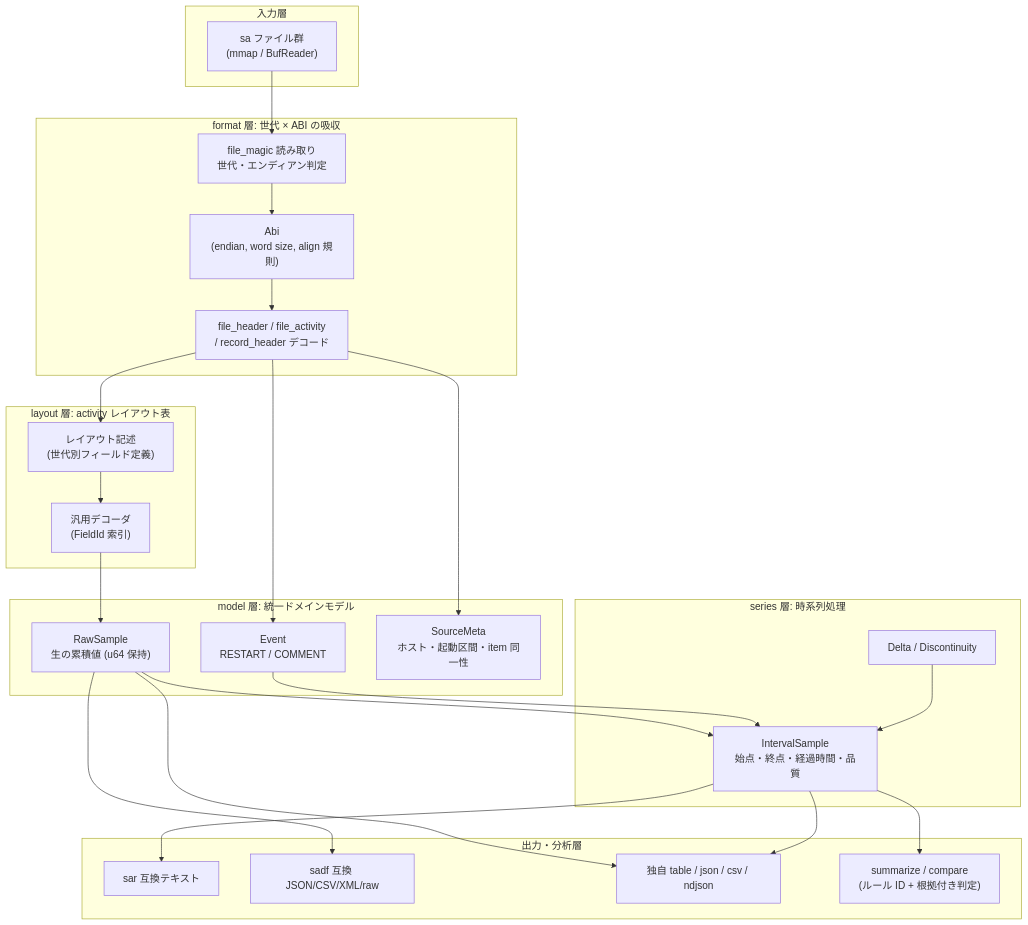
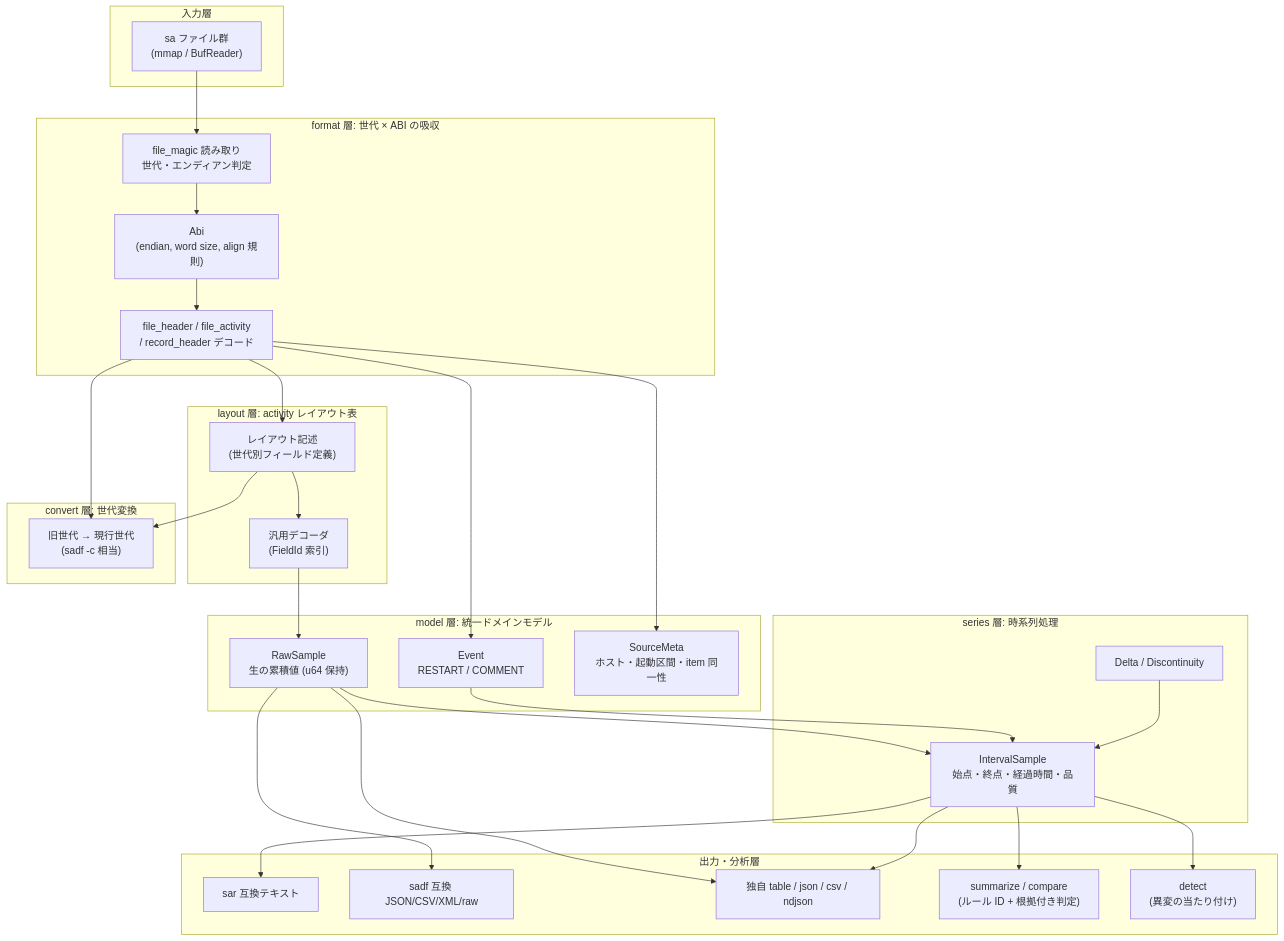
Before and after one commit to owayo/re-sar-ch: the first of 3 diagrams in docs/design.md, drawn with Mermaid. The commit also changed other lines of this file and 47 other files, not shown here.

````diff
--- a/docs/design.md
+++ b/docs/design.md
@@ -44,44 +44,51 @@
 ```mermaid
 flowchart TB
     subgraph L0["入力層"]
         SRC["sa ファイル群<br/>(mmap / BufReader)"]
     end
     subgraph L1["format 層: 世代 × ABI の吸収"]
         MAGIC["file_magic 読み取り<br/>世代・エンディアン判定"]
         ABI["Abi<br/>(endian, word size, align 規則)"]
         HDR["file_header / file_activity<br/>/ record_header デコード"]
     end
     subgraph L2["layout 層: activity レイアウト表"]
         TBL["レイアウト記述<br/>(世代別フィールド定義)"]
         DEC["汎用デコーダ<br/>(FieldId 索引)"]
     end
     subgraph L3["model 層: 統一ドメインモデル"]
         RAW["RawSample<br/>生の累積値 (u64 保持)"]
         EV["Event<br/>RESTART / COMMENT"]
         META["SourceMeta<br/>ホスト・起動区間・item 同一性"]
     end
     subgraph L4["series 層: 時系列処理"]
         DELTA["Delta / Discontinuity"]
         IVAL["IntervalSample<br/>始点・終点・経過時間・品質"]
     end
     subgraph L5["出力・分析層"]
         OUT1["sar 互換テキスト"]
         OUT2["sadf 互換 JSON/CSV/XML/raw"]
         OUT3["独自 table / json / csv / ndjson"]
         SUM["summarize / compare<br/>(ルール ID + 根拠付き判定)"]
+        DET["detect<br/>(異変の当たり付け)"]
+    end
+    subgraph L6["convert 層: 世代変換"]
+        CONV["旧世代 → 現行世代<br/>(sadf -c 相当)"]
     end
 
     SRC --> MAGIC --> ABI --> HDR
     HDR --> TBL --> DEC
     DEC --> RAW
     HDR --> EV
     HDR --> META
     RAW --> IVAL
     EV --> IVAL
     DELTA --> IVAL
     RAW --> OUT2
     RAW --> OUT3
     IVAL --> OUT1
     IVAL --> OUT3
     IVAL --> SUM
+    IVAL --> DET
+    TBL --> CONV
+    HDR --> CONV
 ```
````
